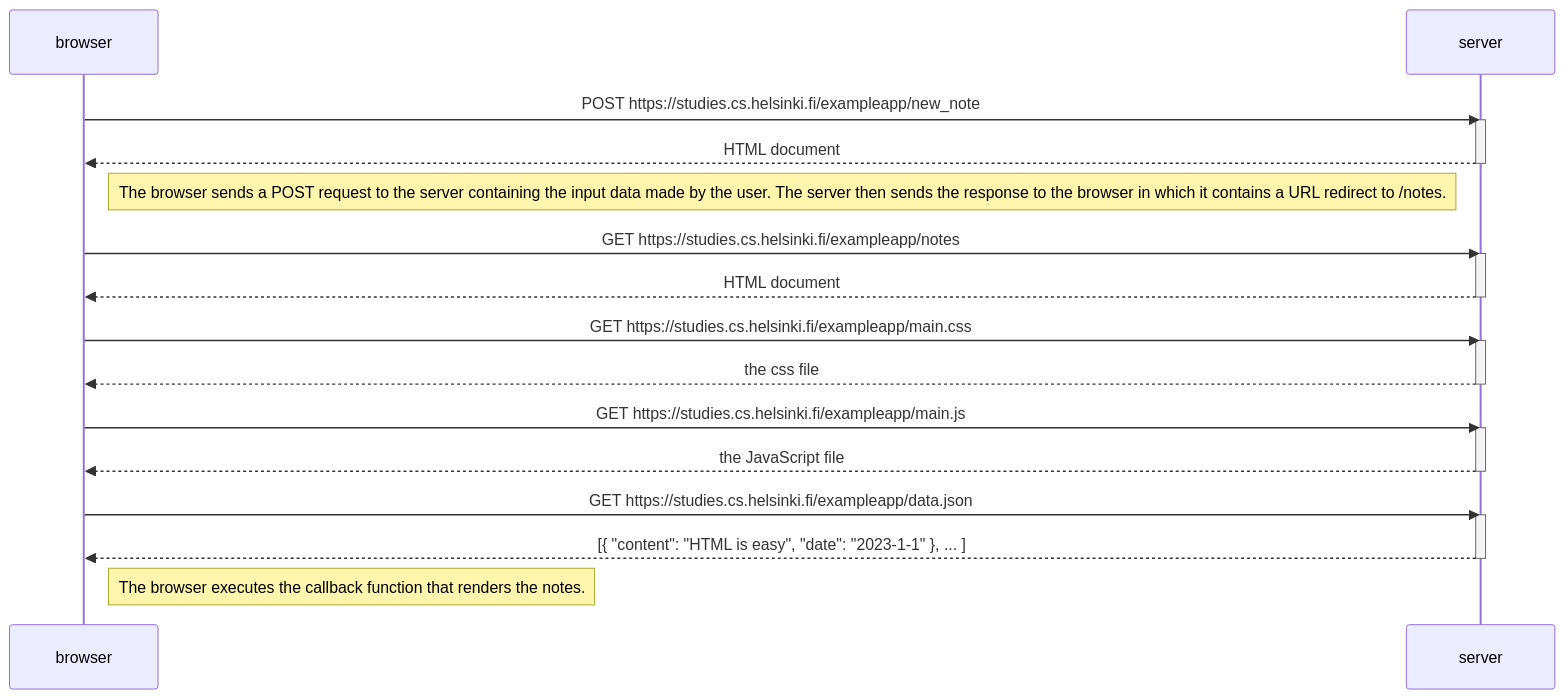
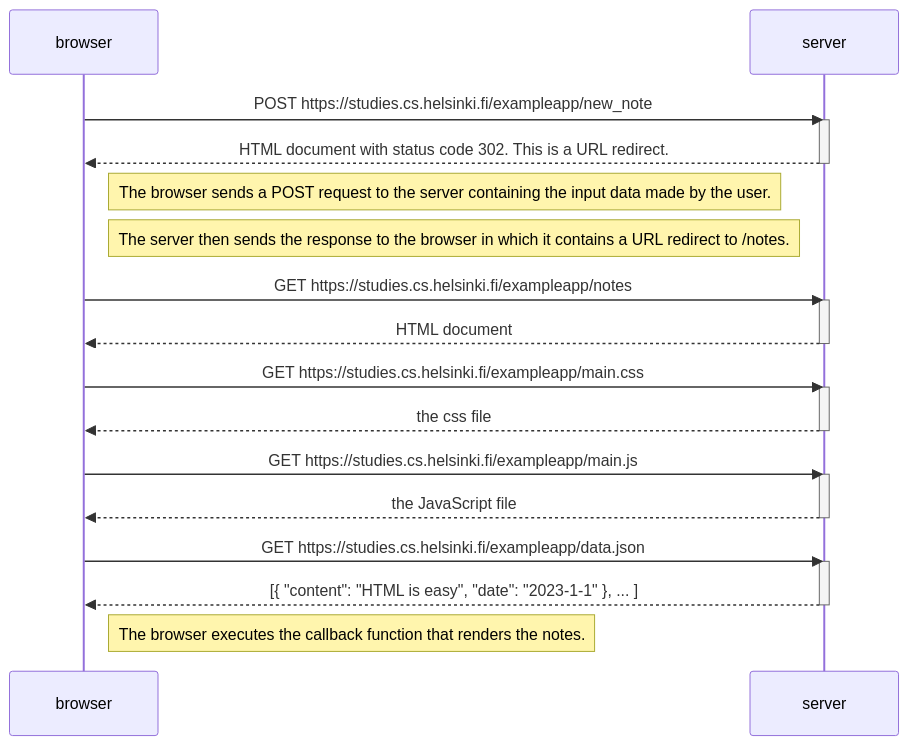
Before and after one commit to omarehab24/FullStackOpen_279: the diagram in part0/0.4: New note diagram.md, drawn with Mermaid.

Commit message:
Update 0.4: New note diagram.md
Updated: "server-->>browser:" note
Updated: "Note right of browser:" note

````diff
--- a/part0/0.4: New note diagram.md
+++ b/part0/0.4: New note diagram.md
@@ -1,36 +1,37 @@
 ```mermaid
 
 sequenceDiagram
     participant browser
     participant server
 
     browser->>server: POST https://studies.cs.helsinki.fi/exampleapp/new_note
     activate server
-    server-->>browser: HTML document
+    server-->>browser: HTML document with status code 302. This is a URL redirect.
     deactivate server
 
-    Note right of browser: The browser sends a POST request to the server containing the input data made by the user. The server then sends the response to the browser in which it contains a URL redirect to /notes.
+    Note right of browser: The browser sends a POST request to the server containing the input data made by the user.
+    Note right of browser: The server then sends the response to the browser in which it contains a URL redirect to /notes.
 
     browser->>server: GET https://studies.cs.helsinki.fi/exampleapp/notes
     activate server
     server-->>browser: HTML document
     deactivate server
 
     browser->>server: GET https://studies.cs.helsinki.fi/exampleapp/main.css
     activate server
     server-->>browser: the css file
     deactivate server
 
     browser->>server: GET https://studies.cs.helsinki.fi/exampleapp/main.js
     activate server
     server-->>browser: the JavaScript file
     deactivate server
 
     browser->>server: GET https://studies.cs.helsinki.fi/exampleapp/data.json
     activate server
     server-->>browser: [{ "content": "HTML is easy", "date": "2023-1-1" }, ... ]
     deactivate server
 
     Note right of browser: The browser executes the callback function that renders the notes.
 
 ```
````
